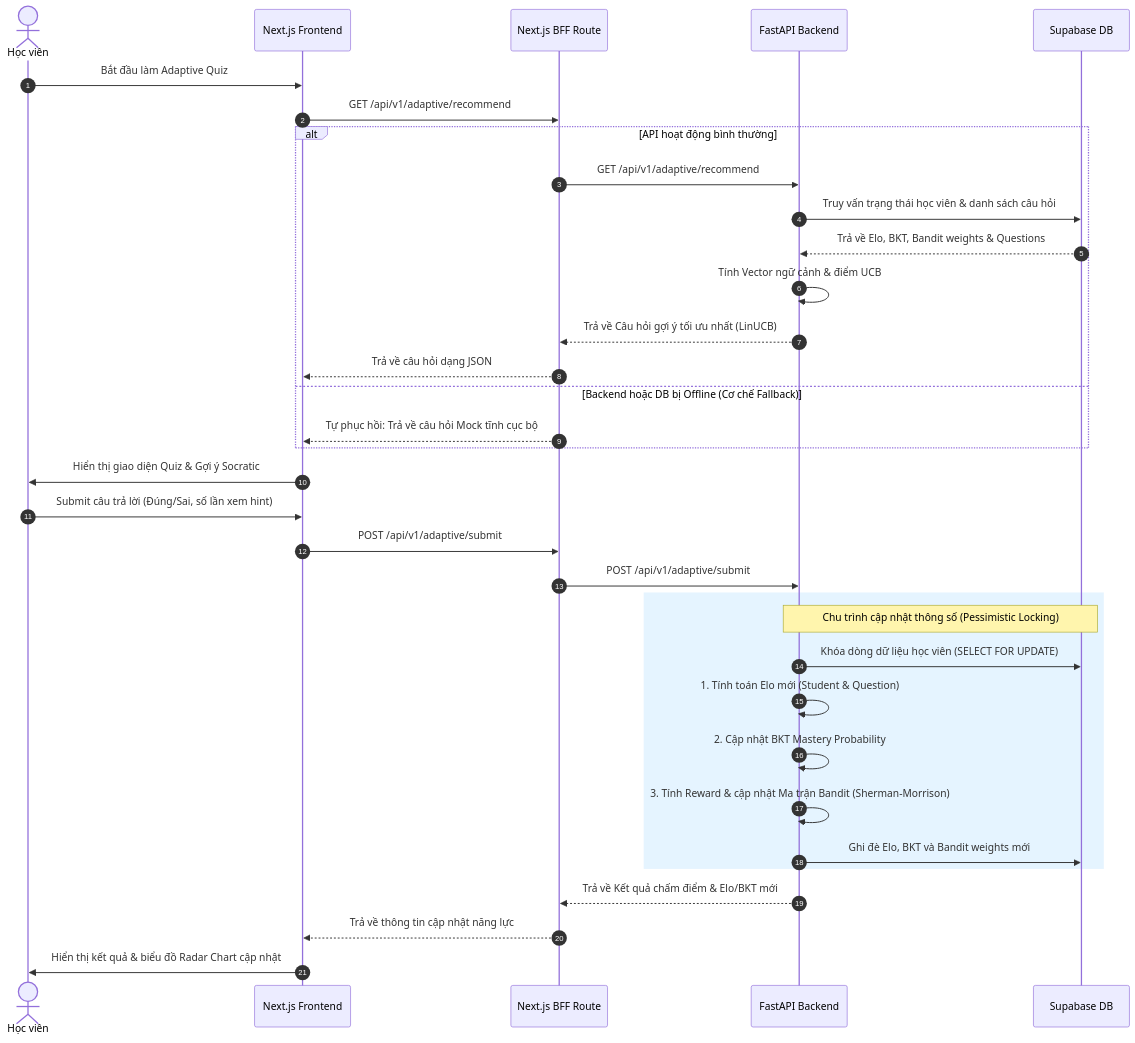
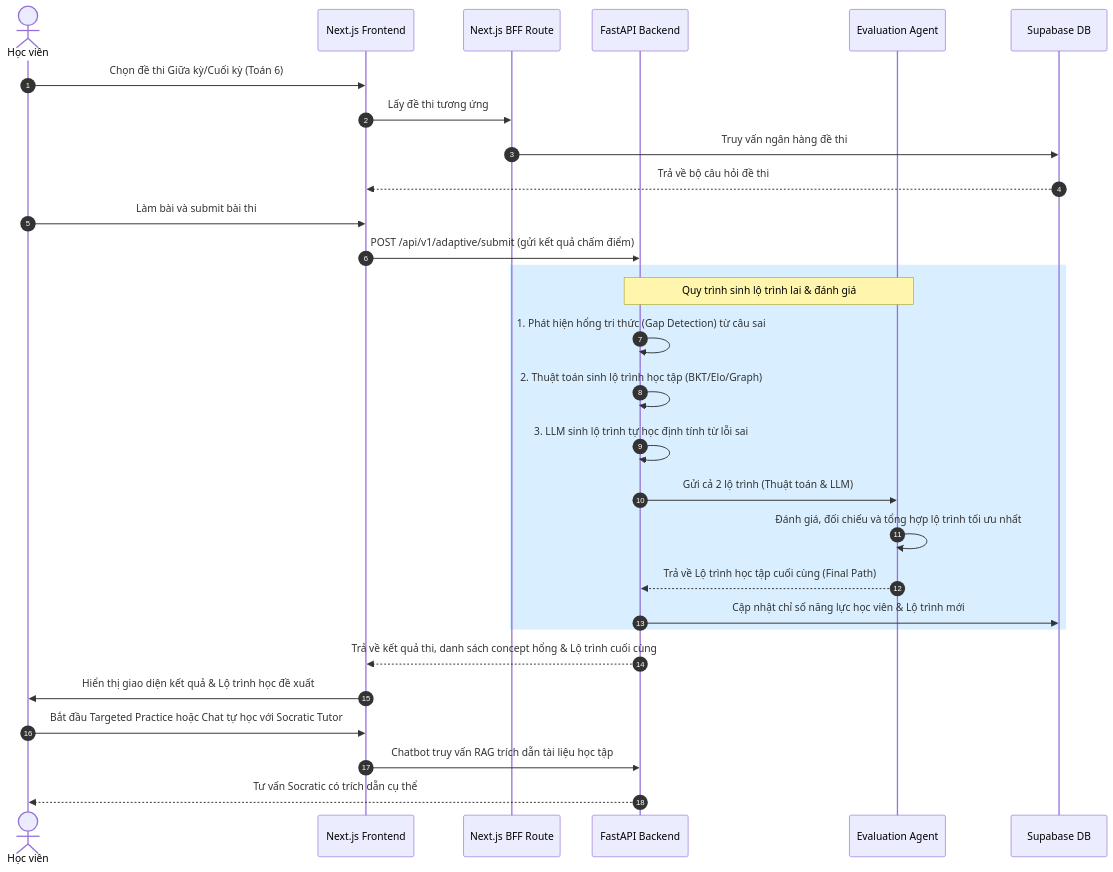
Before and after one commit to AnhNQ-2A202600608/AI20kekeke: the diagram in PROJECT-CONTEXT.md, drawn with Mermaid. The commit also changed other lines of this file, not shown here.

````diff
--- a/PROJECT-CONTEXT.md
+++ b/PROJECT-CONTEXT.md
@@ -34,37 +49,34 @@
 ```mermaid
 sequenceDiagram
     autonumber
     actor HS as Học viên
     participant FE as Next.js Frontend
     participant BFF as Next.js BFF Route
     participant BE as FastAPI Backend
+    participant Agent as Evaluation Agent
     participant DB as Supabase DB
 
-    HS->>FE: Bắt đầu làm Adaptive Quiz
-    FE->>BFF: GET /api/v1/adaptive/recommend
-    alt API hoạt động bình thường
-        BFF->>BE: GET /api/v1/adaptive/recommend
-        BE->>DB: Truy vấn trạng thái học viên & danh sách câu hỏi
-        DB-->>BE: Trả về Elo, BKT, Bandit weights & Questions
-        BE->>BE: Tính Vector ngữ cảnh & điểm UCB
-        BE-->>BFF: Trả về Câu hỏi gợi ý tối ưu nhất (LinUCB)
-        BFF-->>FE: Trả về câu hỏi dạng JSON
-    else Backend hoặc DB bị Offline (Cơ chế Fallback)
-        BFF-->>FE: Tự phục hồi: Trả về câu hỏi Mock tĩnh cục bộ
+    HS->>FE: Chọn đề thi Giữa kỳ/Cuối kỳ (Toán 6)
+    FE->>BFF: Lấy đề thi tương ứng
+    BFF->>DB: Truy vấn ngân hàng đề thi
+    DB-->>FE: Trả về bộ câu hỏi đề thi
+    HS->>FE: Làm bài và submit bài thi
+    FE->>BE: POST /api/v1/adaptive/submit (gửi kết quả chấm điểm)
+    
+    rect rgba(0, 150, 255, 0.15)
+        Note over BE, Agent: Quy trình sinh lộ trình lai & đánh giá
+        BE->>BE: 1. Phát hiện hổng tri thức (Gap Detection) từ câu sai
+        BE->>BE: 2. Thuật toán sinh lộ trình học tập (BKT/Elo/Graph)
+        BE->>BE: 3. LLM sinh lộ trình tự học định tính từ lỗi sai
+        BE->>Agent: Gửi cả 2 lộ trình (Thuật toán & LLM)
+        Agent->>Agent: Đánh giá, đối chiếu và tổng hợp lộ trình tối ưu nhất
+        Agent-->>BE: Trả về Lộ trình học tập cuối cùng (Final Path)
+        BE->>DB: Cập nhật chỉ số năng lực học viên & Lộ trình mới
     end
-    FE->>HS: Hiển thị giao diện Quiz & Gợi ý Socratic
-    HS->>FE: Submit câu trả lời (Đúng/Sai, số lần xem hint)
-    FE->>BFF: POST /api/v1/adaptive/submit
-    BFF->>BE: POST /api/v1/adaptive/submit
-    rect rgba(0, 150, 255, 0.1)
-        Note over BE, DB: Chu trình cập nhật thông số (Pessimistic Locking)
-        BE->>DB: Khóa dòng dữ liệu học viên (SELECT FOR UPDATE)
-        BE->>BE: 1. Tính toán Elo mới (Student & Question)
-        BE->>BE: 2. Cập nhật BKT Mastery Probability
-        BE->>BE: 3. Tính Reward & cập nhật Ma trận Bandit (Sherman-Morrison)
-        BE->>DB: Ghi đè Elo, BKT và Bandit weights mới
-    end
-    BE-->>BFF: Trả về Kết quả chấm điểm & Elo/BKT mới
-    BFF-->>FE: Trả về thông tin cập nhật năng lực
-    FE->>HS: Hiển thị kết quả & biểu đồ Radar Chart cập nhật
+    
+    BE-->>FE: Trả về kết quả thi, danh sách concept hổng & Lộ trình cuối cùng
+    FE->>HS: Hiển thị giao diện kết quả & Lộ trình học đề xuất
+    HS->>FE: Bắt đầu Targeted Practice hoặc Chat tự học với Socratic Tutor
+    FE->>BE: Chatbot truy vấn RAG trích dẫn tài liệu học tập
+    BE-->>HS: Tư vấn Socratic có trích dẫn cụ thể
 ```
````
